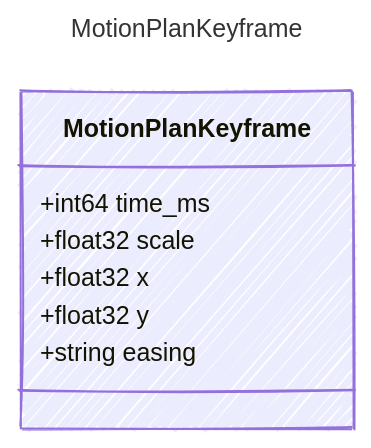
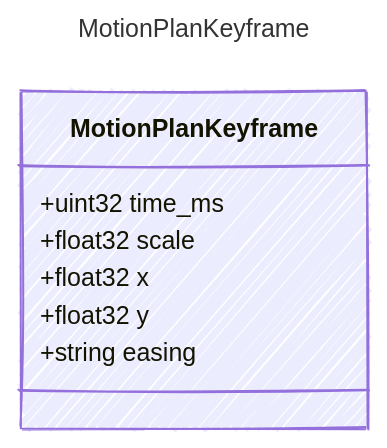
One commit to sethjuarez/cutready changed the diagram in contracts/generated/markdown/MotionPlanKeyframe.md. Above: the diagram before and after it, drawn with Mermaid. The commit also changed other lines of this file and 41 other files, not shown here.

````diff
--- a/contracts/generated/markdown/MotionPlanKeyframe.md
+++ b/contracts/generated/markdown/MotionPlanKeyframe.md
@@ -12,18 +12,18 @@
 ```mermaid
 ---
 title: MotionPlanKeyframe
 config:
   look: handDrawn
   theme: colorful
   class:
     hideEmptyMembersBox: true
 ---
 classDiagram
     class MotionPlanKeyframe {
-        +int64 time_ms
+        +uint32 time_ms
         +float32 scale
         +float32 x
         +float32 y
         +string easing
     }
 ```
````
